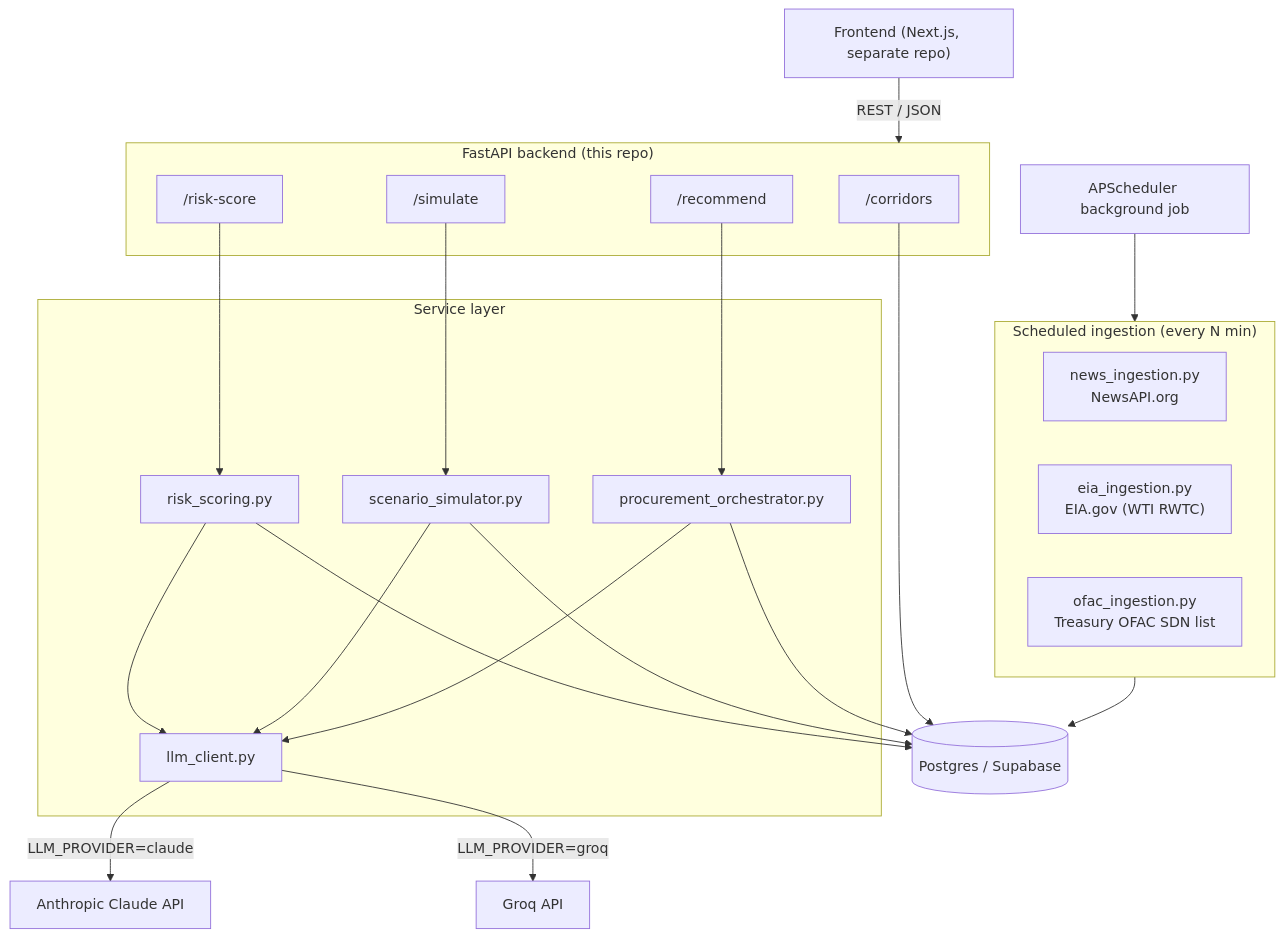
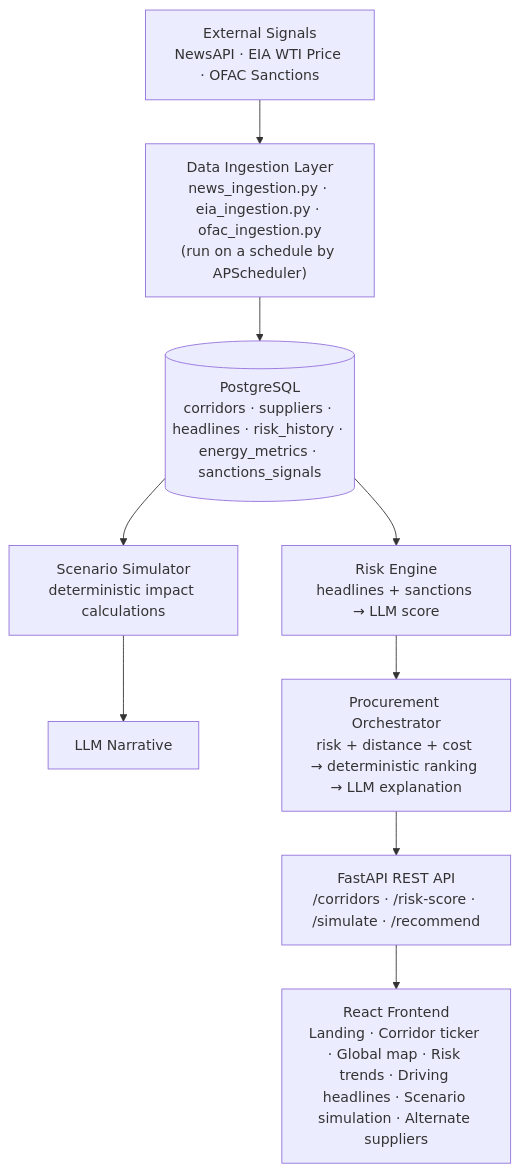
The diagram in README.md (nitin864/EnerShield_backend), drawn with Mermaid before and after one commit. The commit also changed other lines of this file, not shown here.

````diff
--- a/README.md
+++ b/README.md
@@ -38,41 +30,20 @@
 ```mermaid
 graph TD
-    FE["Frontend (Next.js, separate repo)"] -->|REST / JSON| API
+    A["External Signals<br/>NewsAPI · EIA WTI Price · OFAC Sanctions"] --> B
 
-    subgraph API["FastAPI backend (this repo)"]
-        R1["/corridors"]
-        R2["/risk-score"]
-        R3["/simulate"]
-        R4["/recommend"]
-    end
+    B["Data Ingestion Layer<br/>news_ingestion.py · eia_ingestion.py · ofac_ingestion.py<br/>(run on a schedule by APScheduler)"] --> C
 
-    subgraph Services["Service layer"]
-        RS["risk_scoring.py"]
-        SS["scenario_simulator.py"]
-        PO["procurement_orchestrator.py"]
-        LC["llm_client.py"]
-    end
+    C[("PostgreSQL<br/>corridors · suppliers · headlines · risk_history · energy_metrics · sanctions_signals")]
 
-    subgraph Ingestion["Scheduled ingestion (every N min)"]
-        NI["news_ingestion.py<br/>NewsAPI.org"]
-        EI["eia_ingestion.py<br/>EIA.gov (WTI RWTC)"]
-        OI["ofac_ingestion.py<br/>Treasury OFAC SDN list"]
-    end
+    C --> D["Risk Engine<br/>headlines + sanctions → LLM score"]
+    C --> E["Scenario Simulator<br/>deterministic impact calculations"]
 
-    R2 --> RS
-    R3 --> SS
-    R4 --> PO
-    RS --> LC
-    SS --> LC
-    PO --> LC
-    LC -->|LLM_PROVIDER=claude| Claude["Anthropic Claude API"]
-    LC -->|LLM_PROVIDER=groq| Groq["Groq API"]
+    E --> F["LLM Narrative"]
+    D --> G
 
-    Ingestion --> DB[("Postgres / Supabase")]
-    R1 --> DB
-    RS --> DB
-    SS --> DB
-    PO --> DB
+    G["Procurement Orchestrator<br/>risk + distance + cost → deterministic ranking → LLM explanation"] --> H
 
-    Scheduler["APScheduler background job"] --> Ingestion
+    H["FastAPI REST API<br/>/corridors · /risk-score · /simulate · /recommend"] --> I
+
+    I["React Frontend<br/>Landing · Corridor ticker · Global map · Risk trends · Driving headlines · Scenario simulation · Alternate suppliers"]
 ```
````
